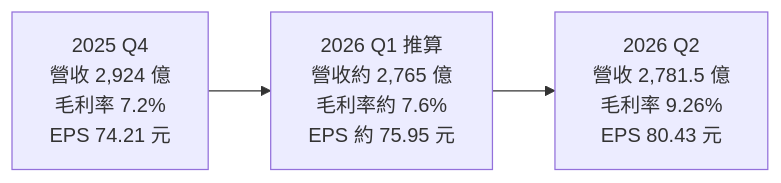
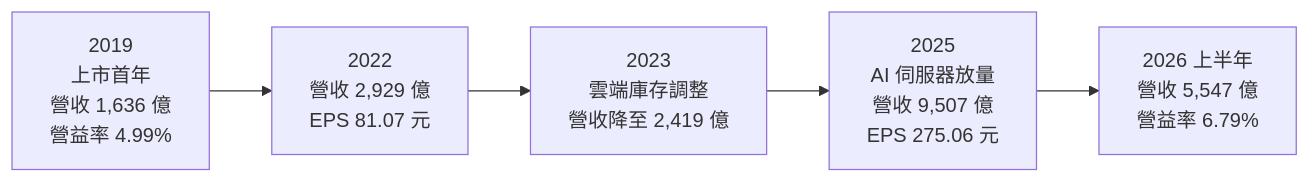
Before and after one commit to wangnick1004/taiwan-stock-vault: the third of 4 diagrams in 個股/台股/6669緯穎.md, drawn with Mermaid. The commit also changed other lines of this file and 6 other files, not shown here.

````diff
--- a/個股/台股/6669緯穎.md
+++ b/個股/台股/6669緯穎.md
@@ -133,4 +148,4 @@
 ```mermaid
 flowchart LR
-    Q4["2025 Q4<br/>營收 2,924 億<br/>毛利率 7.2%<br/>EPS 74.21 元"] --> Q1["2026 Q1 推算<br/>營收約 2,765 億<br/>毛利率約 7.6%<br/>EPS 約 75.95 元"] --> Q2["2026 Q2<br/>營收 2,781.5 億<br/>毛利率 9.26%<br/>EPS 80.43 元"]
+    Y19["2019<br/>上市首年<br/>營收 1,636 億<br/>營益率 4.99%"] --> Y22["2022<br/>營收 2,929 億<br/>EPS 81.07 元"] --> Y23["2023<br/>雲端庫存調整<br/>營收降至 2,419 億"] --> Y25["2025<br/>AI 伺服器放量<br/>營收 9,507 億<br/>EPS 275.06 元"] --> H26["2026 上半年<br/>營收 5,547 億<br/>營益率 6.79%"]
 ```
````
